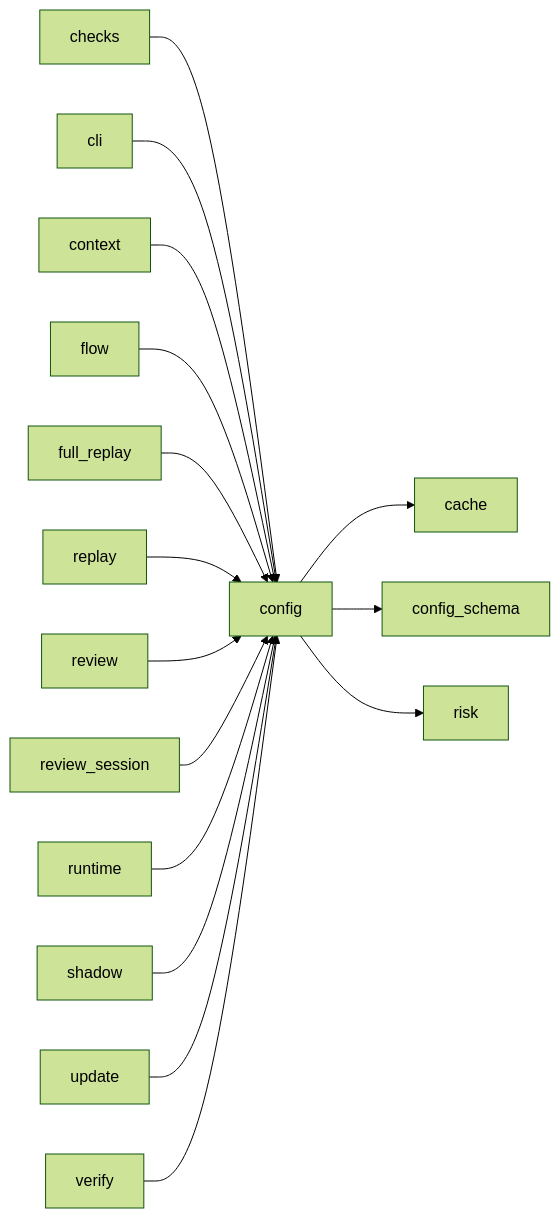
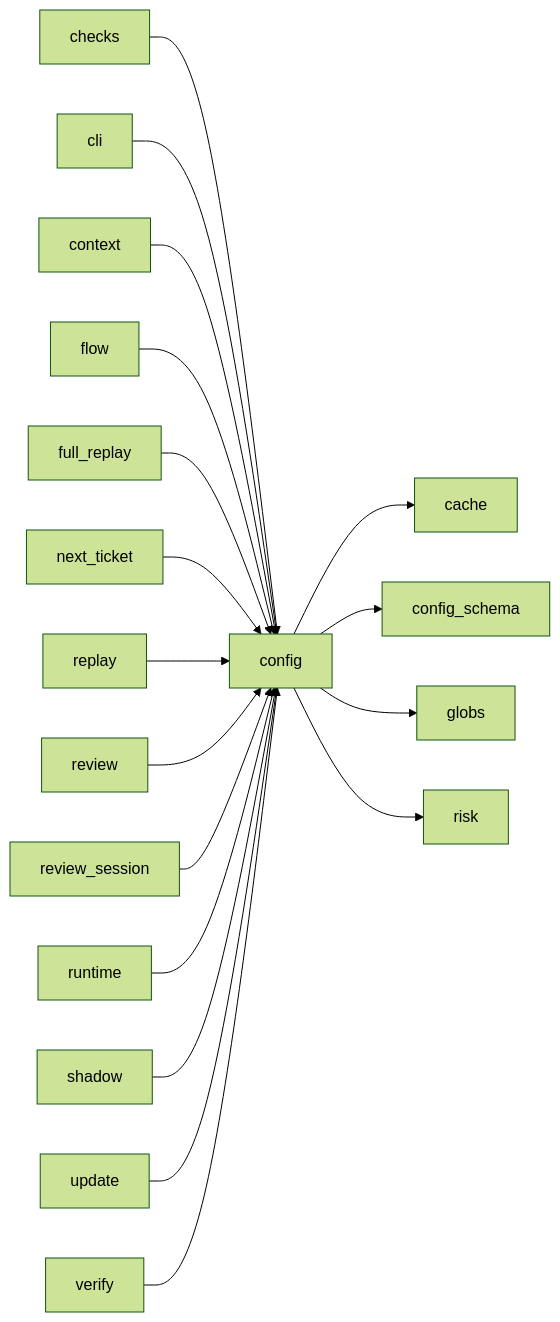
The third of 3 diagrams in docs/architecture/modules/config.md (plaplanche/ariane), drawn with Mermaid (forest theme) before and after one commit. The commit also changed other lines of this file and 42 other files, not shown here.

Commit message:
#223: ariane next: propose the next ticket that can start safely next to the running ones, start it on the owner's confirmation (C11, C22, C23)

````diff
--- a/docs/architecture/modules/config.md
+++ b/docs/architecture/modules/config.md
@@ -173,18 +181,20 @@
 ```mermaid
 flowchart LR
   checks --> config
   cli --> config
   config --> cache
   config --> config_schema
+  config --> globs
   config --> risk
   context --> config
   flow --> config
   full_replay --> config
+  next_ticket --> config
   replay --> config
   review --> config
   review_session --> config
   runtime --> config
   shadow --> config
   update --> config
   verify --> config
 ```
````
